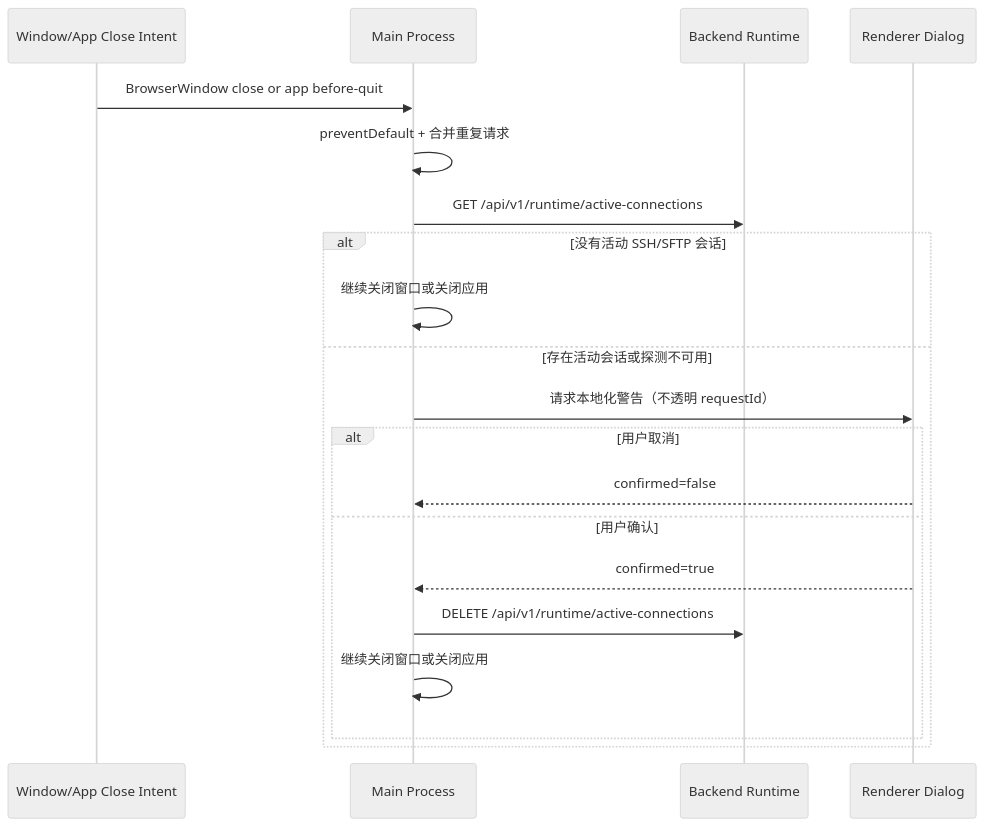
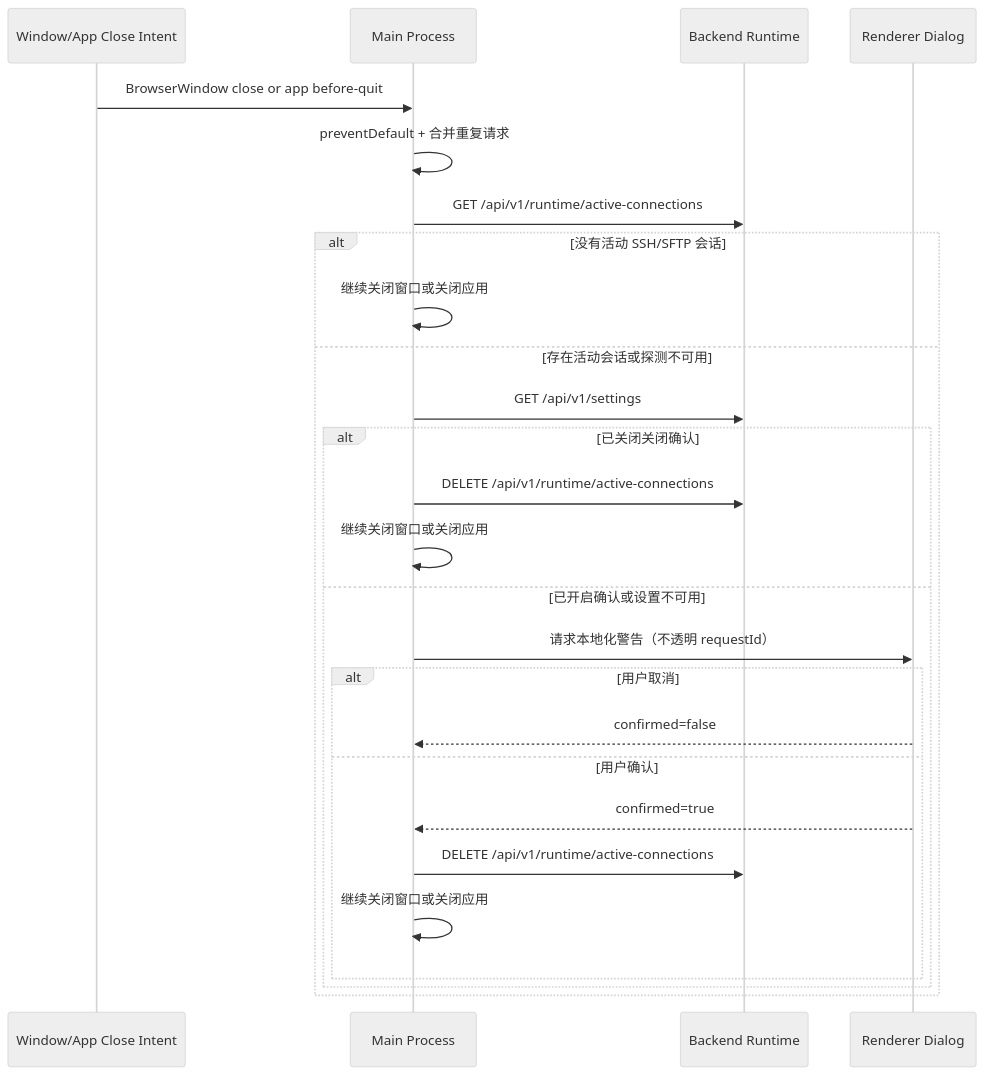
One commit to XYZ1024-alt/Cosmosh changed the third of 11 diagrams in docs/zh-CN/developer/core/architecture.md. Above: the diagram before and after it, drawn with Mermaid (neutral theme). The commit also changed other lines of this file and 13 other files, not shown here.

````diff
--- a/docs/zh-CN/developer/core/architecture.md
+++ b/docs/zh-CN/developer/core/architecture.md
@@ -105,23 +105,29 @@
 ```mermaid
 sequenceDiagram
   participant OS as Window/App Close Intent
   participant MP as Main Process
   participant BE as Backend Runtime
   participant RD as Renderer Dialog
 
   OS->>MP: BrowserWindow close or app before-quit
   MP->>MP: preventDefault + 合并重复请求
   MP->>BE: GET /api/v1/runtime/active-connections
   alt 没有活动 SSH/SFTP 会话
     MP->>MP: 继续关闭窗口或关闭应用
   else 存在活动会话或探测不可用
-    MP->>RD: 请求本地化警告（不透明 requestId）
-    alt 用户取消
-      RD-->>MP: confirmed=false
-    else 用户确认
-      RD-->>MP: confirmed=true
+    MP->>BE: GET /api/v1/settings
+    alt 已关闭关闭确认
       MP->>BE: DELETE /api/v1/runtime/active-connections
       MP->>MP: 继续关闭窗口或关闭应用
+    else 已开启确认或设置不可用
+      MP->>RD: 请求本地化警告（不透明 requestId）
+      alt 用户取消
+        RD-->>MP: confirmed=false
+      else 用户确认
+        RD-->>MP: confirmed=true
+        MP->>BE: DELETE /api/v1/runtime/active-connections
+        MP->>MP: 继续关闭窗口或关闭应用
+      end
     end
   end
 ```
````
